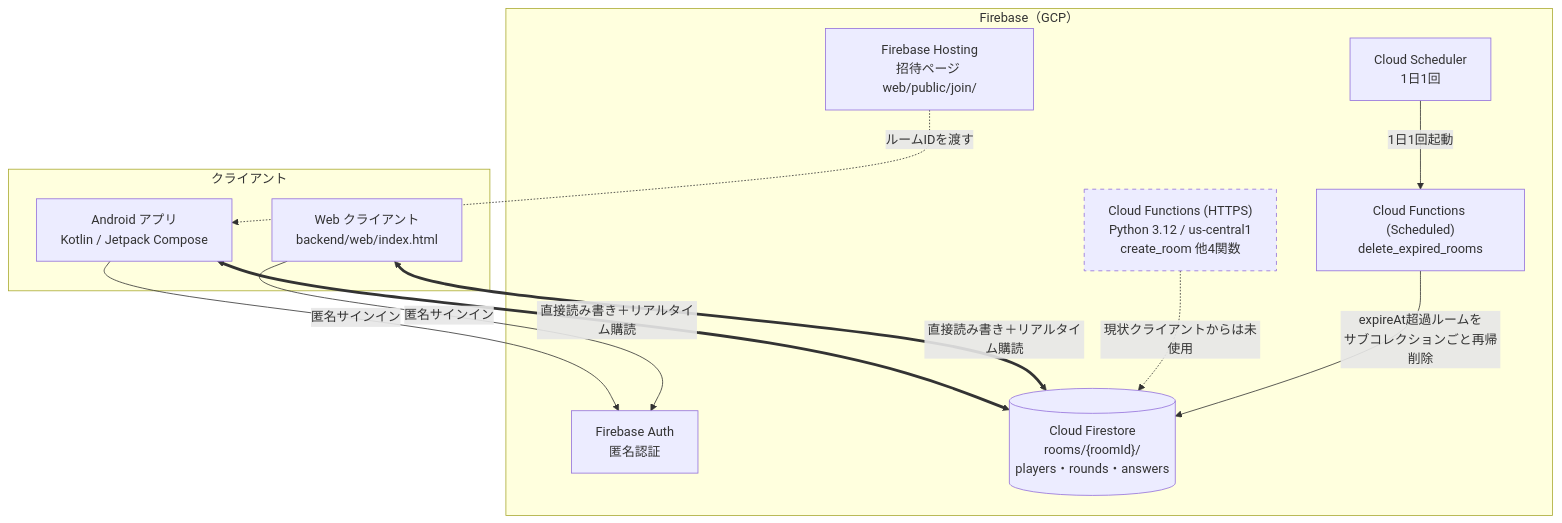
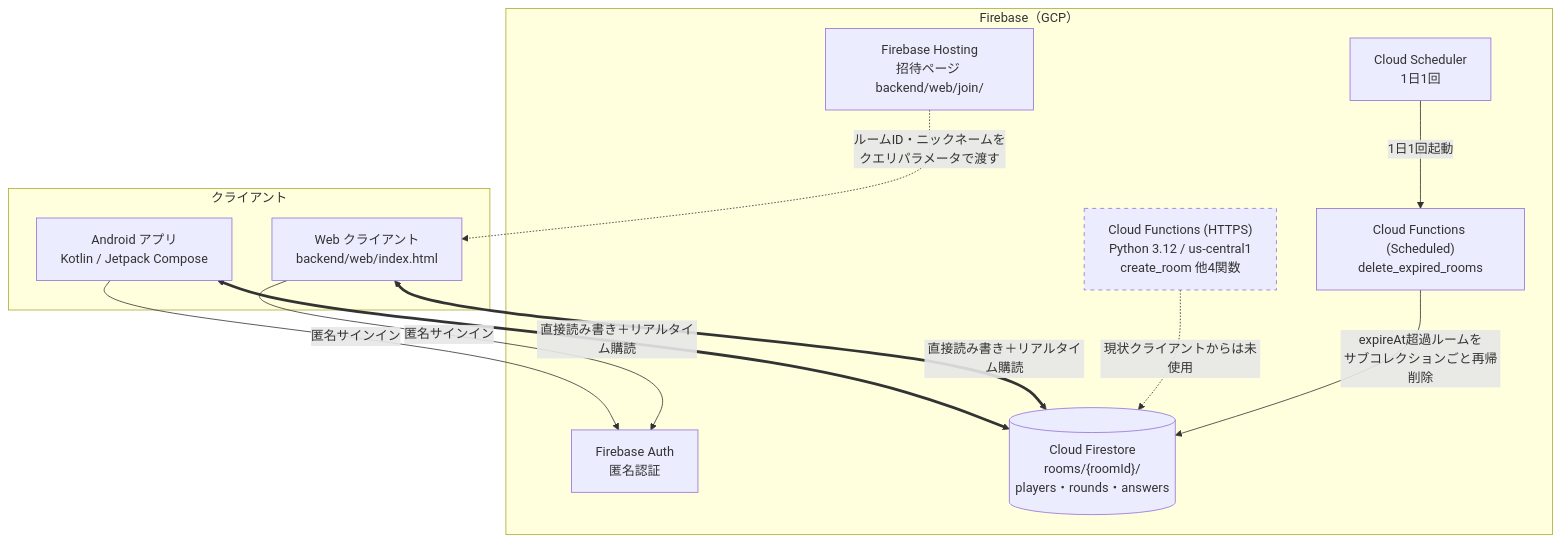
Before and after one commit to rokusoudo-product/qa-count-hit-game: the diagram in docs/architecture.md, drawn with Mermaid. The commit also changed other lines of this file and 9 other files, not shown here.

First line of the commit message:
fix(#28): unify Hosting config and make invite URL flow playable (#43)

````diff
--- a/docs/architecture.md
+++ b/docs/architecture.md
@@ -11,27 +11,27 @@
 ```mermaid
 flowchart TB
     subgraph Clients["クライアント"]
         AND["Android アプリ<br/>Kotlin / Jetpack Compose"]
         WEB["Web クライアント<br/>backend/web/index.html"]
     end
 
     subgraph Firebase["Firebase（GCP）"]
         AUTH["Firebase Auth<br/>匿名認証"]
         FS[("Cloud Firestore<br/>rooms/{roomId}/<br/>players・rounds・answers")]
-        HOSTING["Firebase Hosting<br/>招待ページ web/public/join/"]
+        HOSTING["Firebase Hosting<br/>招待ページ backend/web/join/"]
         FN["Cloud Functions (HTTPS)<br/>Python 3.12 / us-central1<br/>create_room 他4関数"]
         SCHED["Cloud Scheduler<br/>1日1回"]
         SWEEP["Cloud Functions (Scheduled)<br/>delete_expired_rooms"]
     end
 
     AND -->|匿名サインイン| AUTH
     WEB -->|匿名サインイン| AUTH
     AND <==>|直接読み書き＋リアルタイム購読| FS
     WEB <==>|直接読み書き＋リアルタイム購読| FS
-    HOSTING -.->|ルームIDを渡す| AND
+    HOSTING -.->|ルームID・ニックネームを<br/>クエリパラメータで渡す| WEB
     FN -.->|現状クライアントからは未使用| FS
     SCHED -->|1日1回起動| SWEEP
     SWEEP -->|expireAt超過ルームを<br/>サブコレクションごと再帰削除| FS
 
     style FN stroke-dasharray: 5 5
 ```
````
